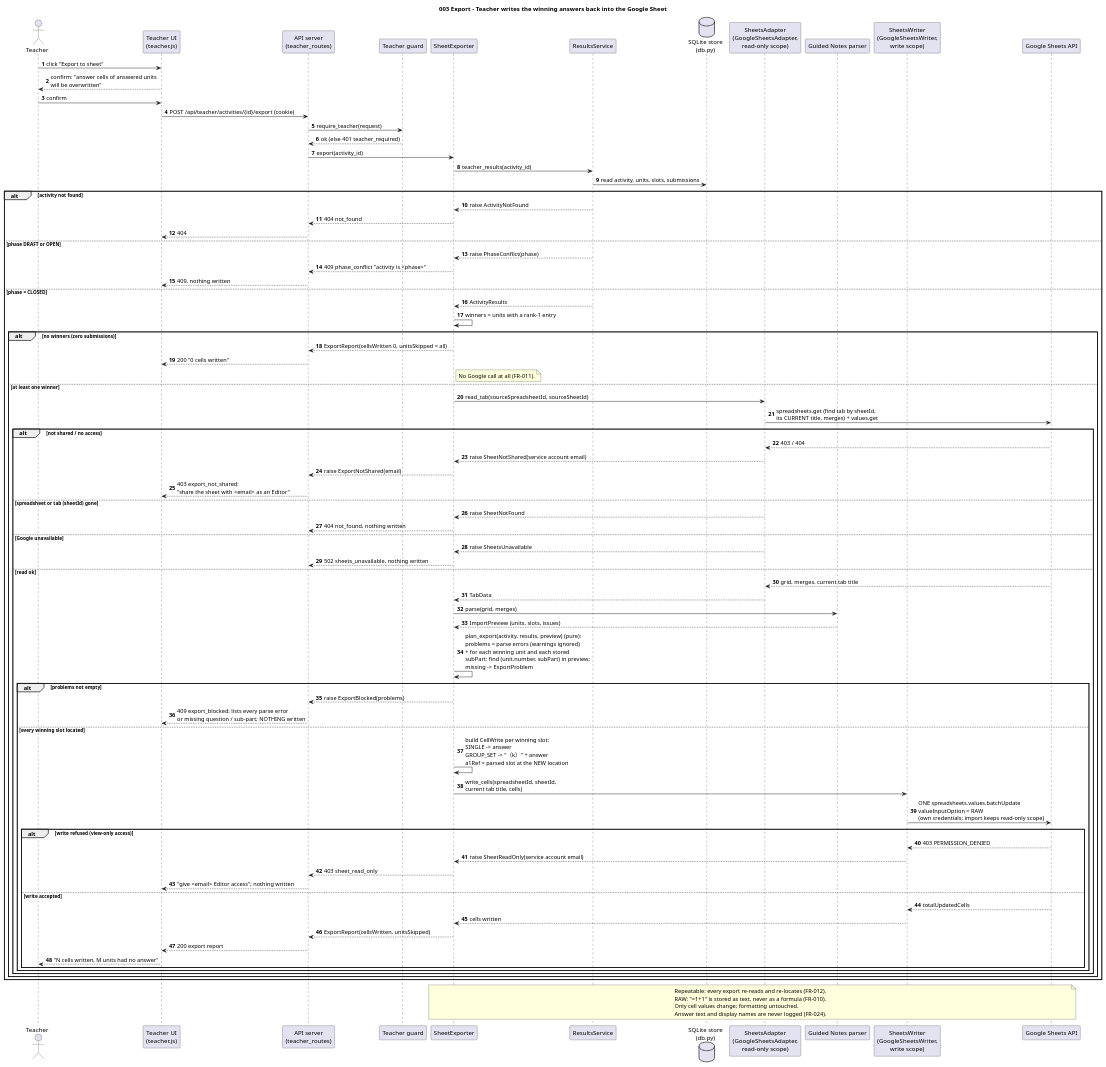
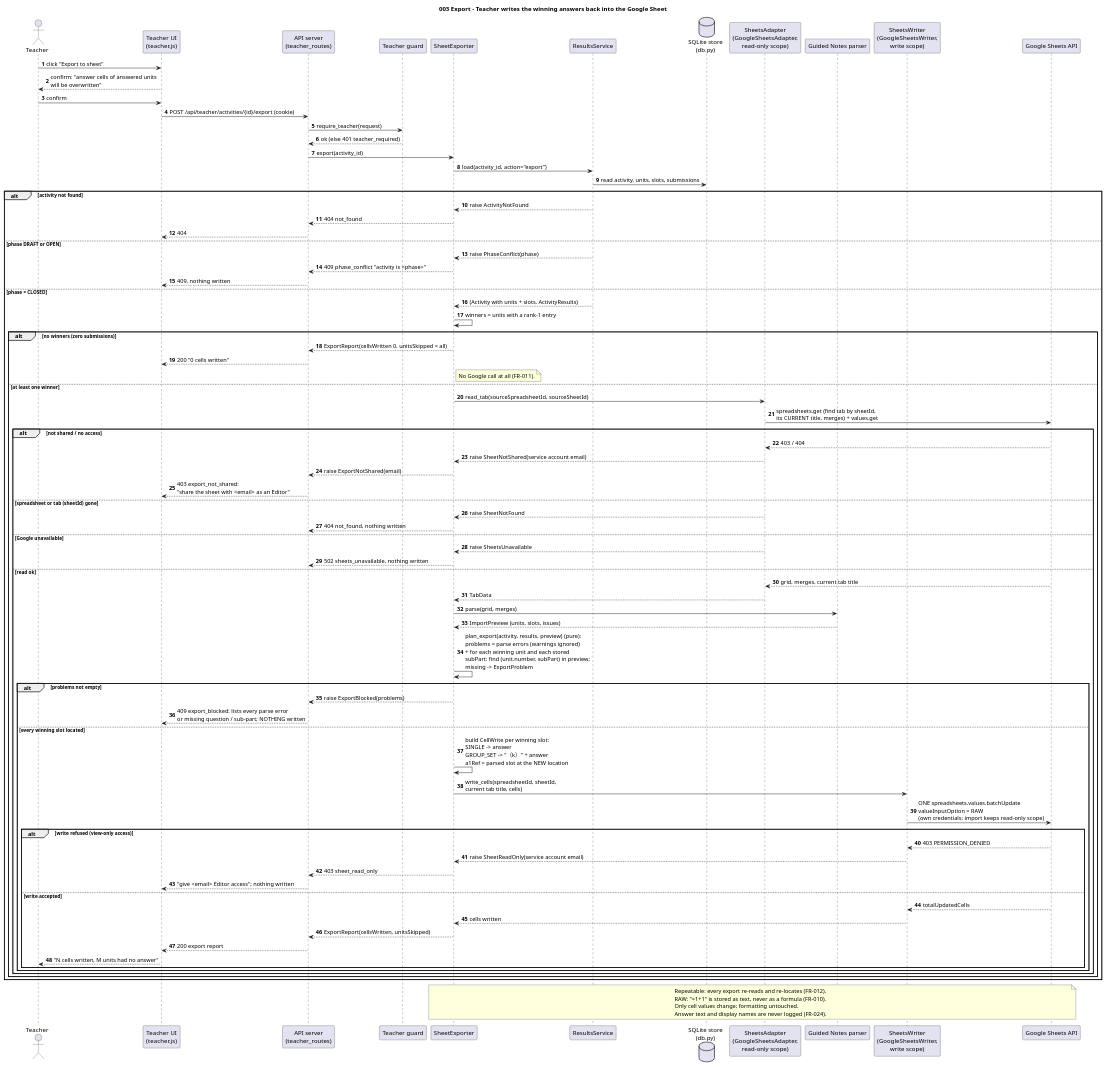
One commit to WasabiSaikou/quiz-buzzer changed the diagram in diagrams/003-seq-export-sheet.puml. Above: the diagram before and after it, drawn with PlantUML. The commit also changed 16 other files, not shown here.

First line of the commit message:
feat(003): US2 - teacher results and export of winning answers to the sheet

```diff
--- a/diagrams/003-seq-export-sheet.puml
+++ b/diagrams/003-seq-export-sheet.puml
@@ -1,96 +1,96 @@
 @startuml 003-seq-export-sheet
 title 003 Export - Teacher writes the winning answers back into the Google Sheet
 
 skinparam shadowing false
 skinparam defaultFontName "Microsoft JhengHei"
 autonumber
 
 actor Teacher
 participant "Teacher UI\n(teacher.js)" as TUI
 participant "API server\n(teacher_routes)" as API
 participant "Teacher guard" as AUTH
 participant "SheetExporter" as EXP
 participant "ResultsService" as RES
 database "SQLite store\n(db.py)" as DB
 participant "SheetsAdapter\n(GoogleSheetsAdapter,\nread-only scope)" as SA
 participant "Guided Notes parser" as PARSER
 participant "SheetsWriter\n(GoogleSheetsWriter,\nwrite scope)" as SW
 participant "Google Sheets API" as GS
 
 Teacher -> TUI : click "Export to sheet"
 TUI --> Teacher : confirm: "answer cells of answered units\nwill be overwritten"
 Teacher -> TUI : confirm
 TUI -> API : POST /api/teacher/activities/{id}/export (cookie)
 API -> AUTH : require_teacher(request)
 AUTH --> API : ok (else 401 teacher_required)
 API -> EXP : export(activity_id)
-EXP -> RES : teacher_results(activity_id)
+EXP -> RES : load(activity_id, action="export")
 RES -> DB : read activity, units, slots, submissions
 alt activity not found
   RES --> EXP : raise ActivityNotFound
   EXP --> API : 404 not_found
   API --> TUI : 404
 else phase DRAFT or OPEN
   RES --> EXP : raise PhaseConflict(phase)
   EXP --> API : 409 phase_conflict "activity is <phase>"
   API --> TUI : 409, nothing written
 else phase = CLOSED
-  RES --> EXP : ActivityResults
+  RES --> EXP : (Activity with units + slots, ActivityResults)
   EXP -> EXP : winners = units with a rank-1 entry
   alt no winners (zero submissions)
     EXP --> API : ExportReport(cellsWritten 0, unitsSkipped = all)
     API --> TUI : 200 "0 cells written"
     note right of EXP
       No Google call at all (FR-011).
     end note
   else at least one winner
     EXP -> SA : read_tab(sourceSpreadsheetId, sourceSheetId)
     SA -> GS : spreadsheets.get (find tab by sheetId,\nits CURRENT title, merges) + values.get
     alt not shared / no access
       GS --> SA : 403 / 404
       SA --> EXP : raise SheetNotShared(service account email)
       EXP --> API : raise ExportNotShared(email)
       API --> TUI : 403 export_not_shared:\n"share the sheet with <email> as an Editor"
     else spreadsheet or tab (sheetId) gone
       SA --> EXP : raise SheetNotFound
       EXP --> API : 404 not_found, nothing written
     else Google unavailable
       SA --> EXP : raise SheetsUnavailable
       EXP --> API : 502 sheets_unavailable, nothing written
     else read ok
       GS --> SA : grid, merges, current tab title
       SA --> EXP : TabData
       EXP -> PARSER : parse(grid, merges)
       PARSER --> EXP : ImportPreview (units, slots, issues)
       EXP -> EXP : plan_export(activity, results, preview) (pure):\nproblems = parse errors (warnings ignored)\n+ for each winning unit and each stored\nsubPart: find (unit.number, subPart) in preview;\nmissing -> ExportProblem
       alt problems not empty
         EXP --> API : raise ExportBlocked(problems)
         API --> TUI : 409 export_blocked: lists every parse error\nor missing question / sub-part; NOTHING written
       else every winning slot located
         EXP -> EXP : build CellWrite per winning slot:\nSINGLE -> answer\nGROUP_SET -> "（k）" + answer\na1Ref = parsed slot at the NEW location
         EXP -> SW : write_cells(spreadsheetId, sheetId,\ncurrent tab title, cells)
         SW -> GS : ONE spreadsheets.values.batchUpdate\nvalueInputOption = RAW\n(own credentials; import keeps read-only scope)
         alt write refused (view-only access)
           GS --> SW : 403 PERMISSION_DENIED
           SW --> EXP : raise SheetReadOnly(service account email)
           EXP --> API : 403 sheet_read_only
           API --> TUI : "give <email> Editor access"; nothing written
         else write accepted
           GS --> SW : totalUpdatedCells
           SW --> EXP : cells written
           EXP --> API : ExportReport(cellsWritten, unitsSkipped)
           API --> TUI : 200 export report
           TUI --> Teacher : "N cells written, M units had no answer"
         end
       end
     end
   end
 end
 
 note over EXP, GS
   Repeatable: every export re-reads and re-locates (FR-012).
   RAW: "=1+1" is stored as text, never as a formula (FR-010).
   Only cell values change; formatting untouched.
   Answer text and display names are never logged (FR-024).
 end note
 @enduml
```
